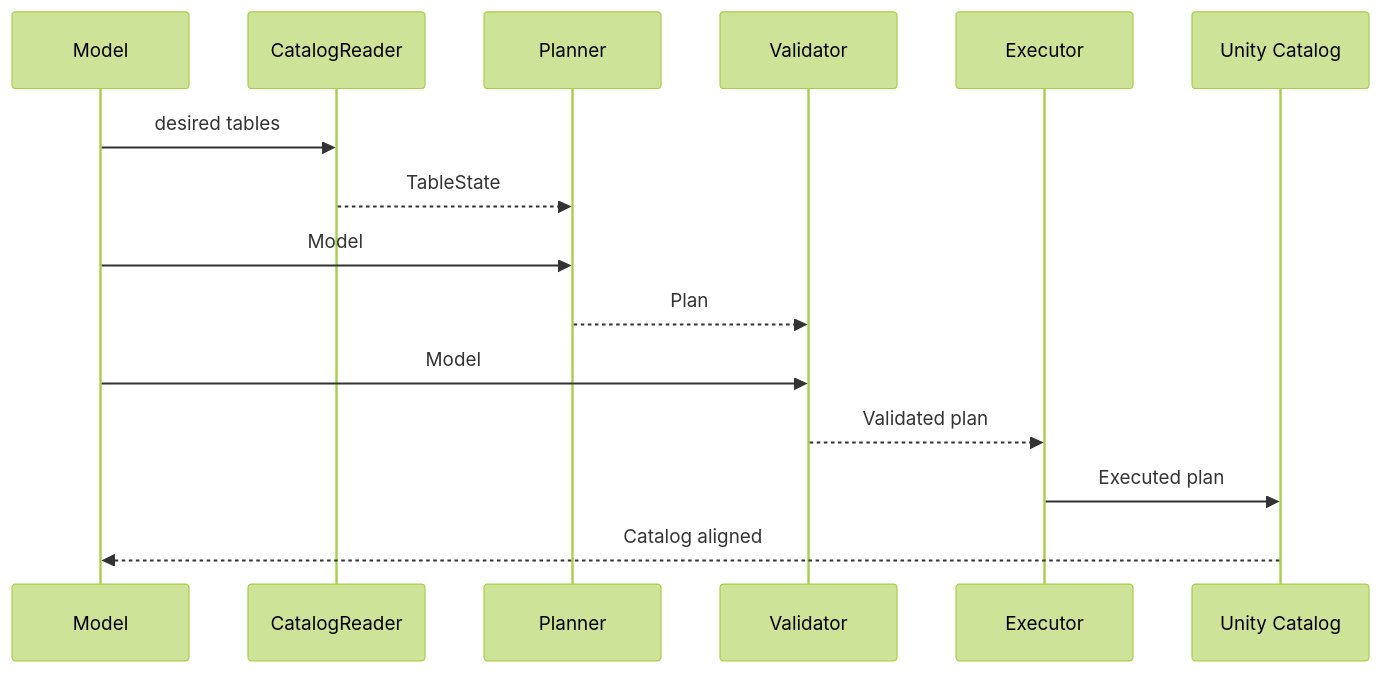
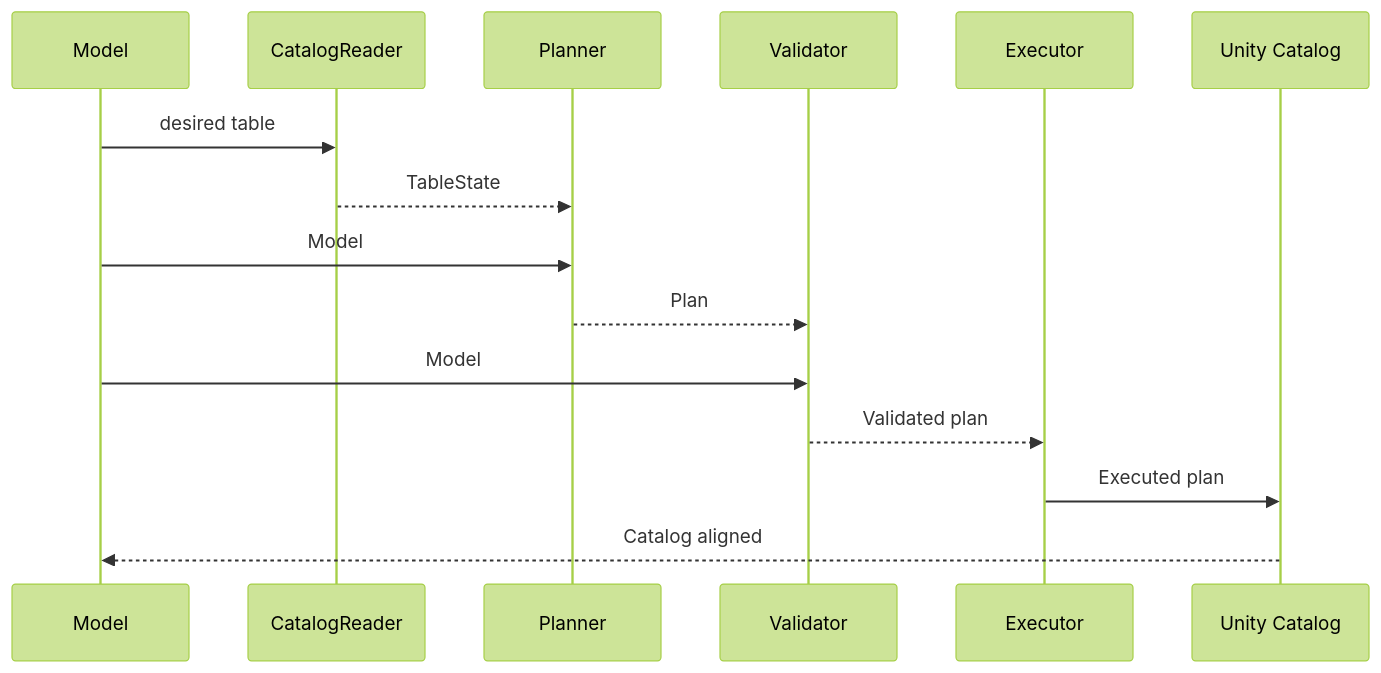
Before and after one commit to Tomoscorbin/ETL-framework: the second of 2 diagrams in docs/delta_engine.md, drawn with Mermaid (forest theme).

````diff
--- a/docs/delta_engine.md
+++ b/docs/delta_engine.md
@@ -51,18 +51,18 @@
 ```mermaid
 sequenceDiagram
   participant M as Model
   participant R as CatalogReader
   participant P as Planner
   participant V as Validator
   participant E as Executor
   participant UC as Unity Catalog
 
-  M->>R: desired tables
+  M->>R: desired table
   R-->>P: TableState
   M->>P: Model
   P-->>V: Plan
   M->>V: Model
   V-->>E: Validated plan
   E->>UC: Executed plan
   UC-->>M: Catalog aligned
 ```
````
